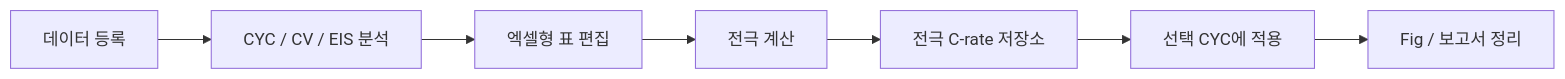
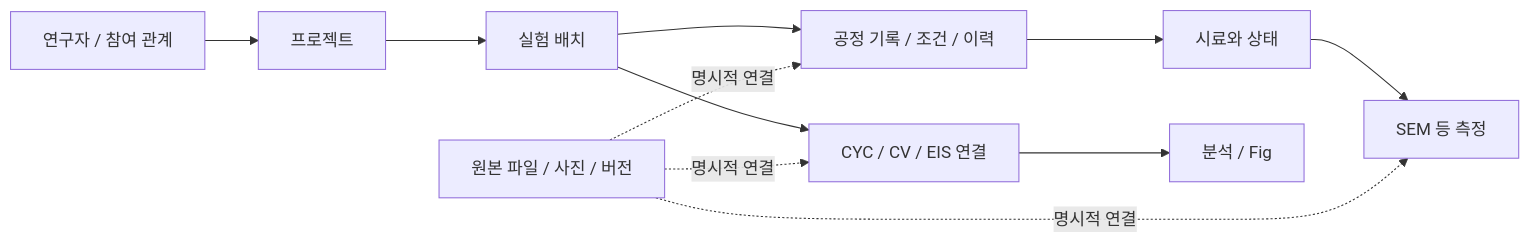
The diagram in README.md (JONGHO01/battery-data-portal), drawn with Mermaid before and after one commit. The commit also changed other lines of this file and 3 other files, not shown here.

````diff
--- a/README.md
+++ b/README.md
@@ -252,9 +62,13 @@
 ```mermaid
 flowchart LR
-    A["데이터 등록"] --> B["CYC / CV / EIS 분석"]
-    B --> C["엑셀형 표 편집"]
-    C --> D["전극 계산"]
-    D --> E["전극 C-rate 저장소"]
-    E --> F["선택 CYC에 적용"]
-    F --> H["Fig / 보고서 정리"]
+    R[연구자 / 참여 관계] --> P[프로젝트]
+    P --> E[실험 배치]
+    E --> C[공정 기록 / 조건 / 이력]
+    C --> S[시료와 상태]
+    S --> M[SEM 등 측정]
+    E --> D[CYC / CV / EIS 연결]
+    D --> F[분석 / Fig]
+    A[원본 파일 / 사진 / 버전] -. 명시적 연결 .-> C
+    A -. 명시적 연결 .-> M
+    A -. 명시적 연결 .-> D
 ```
````
